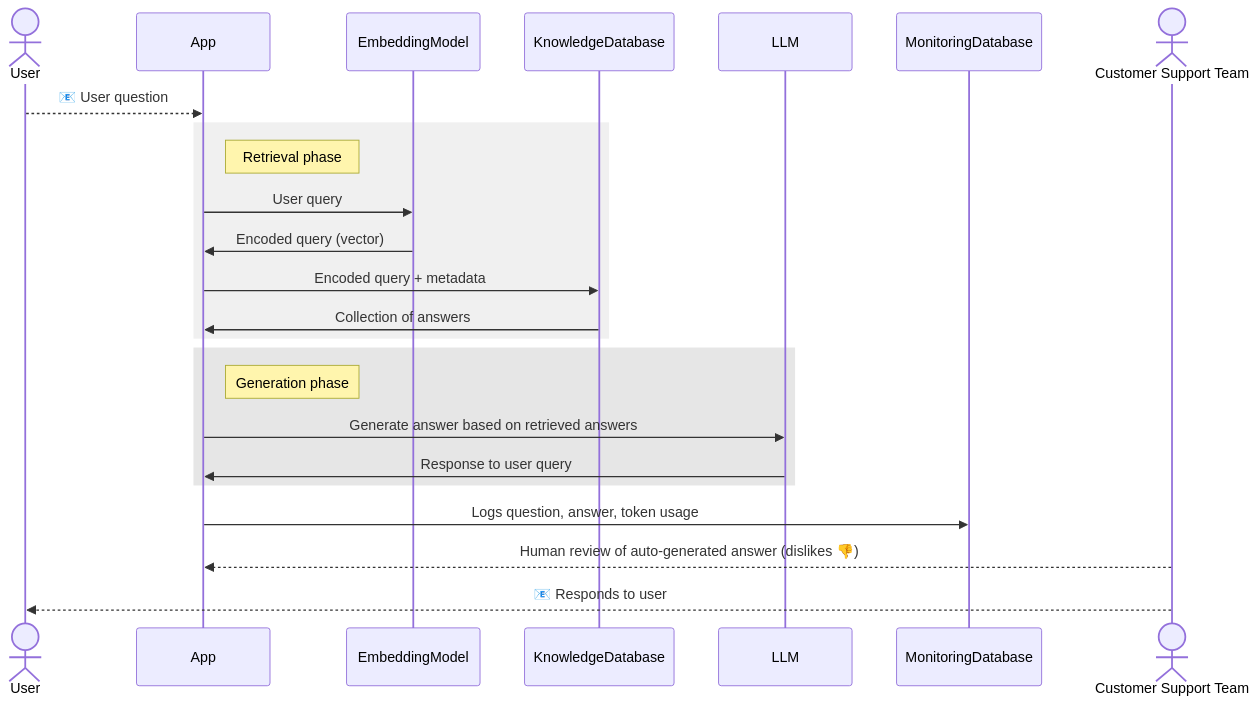
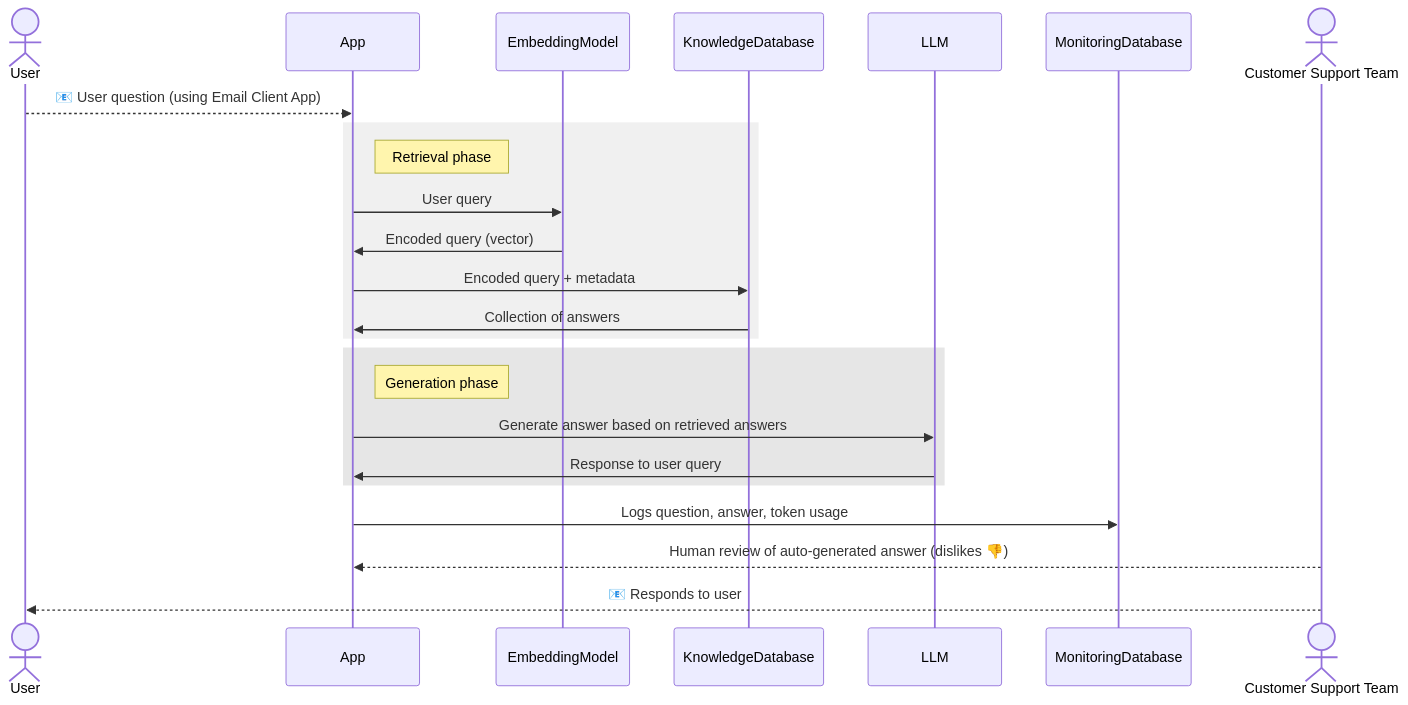
One commit to ArkadiyShuvaev/llm-zoomcamp-smart-mail changed the first of 2 diagrams in readme.md. Above: the diagram before and after it, drawn with Mermaid. The commit also changed other lines of this file, not shown here.

````diff
--- a/readme.md
+++ b/readme.md
@@ -40,22 +48,22 @@
 ```mermaid
 sequenceDiagram
-    actor User
-    User-->>App: 📧 User question
+    actor User as User
+    User-->>App: 📧 User question (using Email Client App)
     rect rgb(240, 240, 240)
     note right of App: Retrieval phase
     App->>EmbeddingModel: User query
     EmbeddingModel->>App: Encoded query (vector)
     App->>KnowledgeDatabase: Encoded query + metadata
     KnowledgeDatabase->>App: Collection of answers
     end
     rect rgb(230, 230, 230)
     note right of App: Generation phase
     App->>LLM: Generate answer based on retrieved answers
     LLM->>App: Response to user query
     end
     App->>MonitoringDatabase: Logs question, answer, token usage
     actor CustomerSupportTeam as Customer Support Team
 
     CustomerSupportTeam-->>App: Human review of auto-generated answer (dislikes 👎)
     CustomerSupportTeam-->>User: 📧 Responds to user
 ```
````
